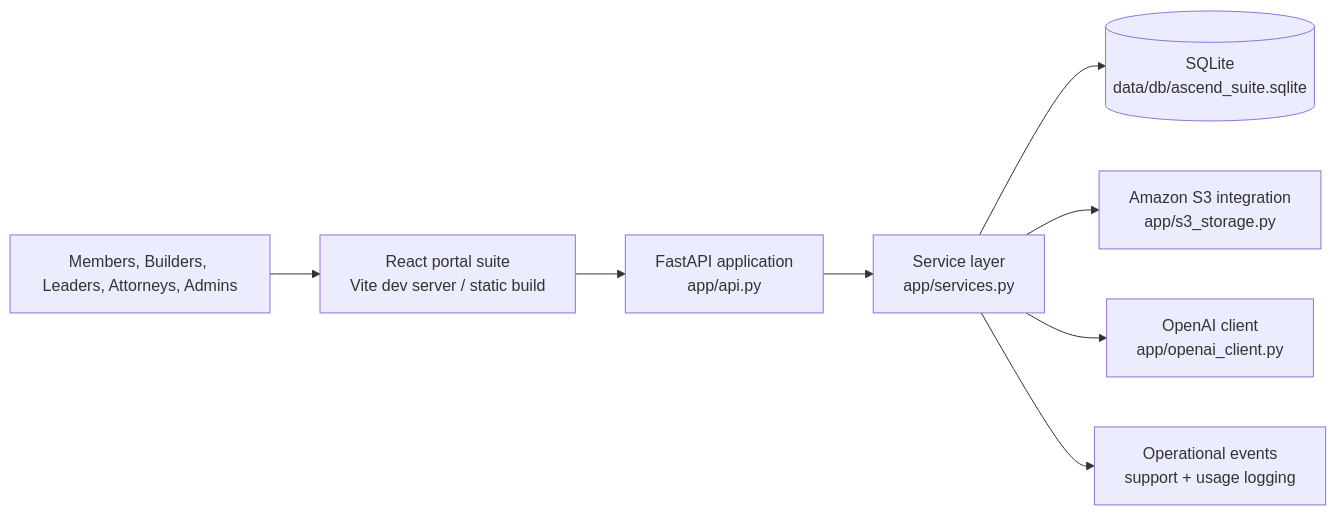
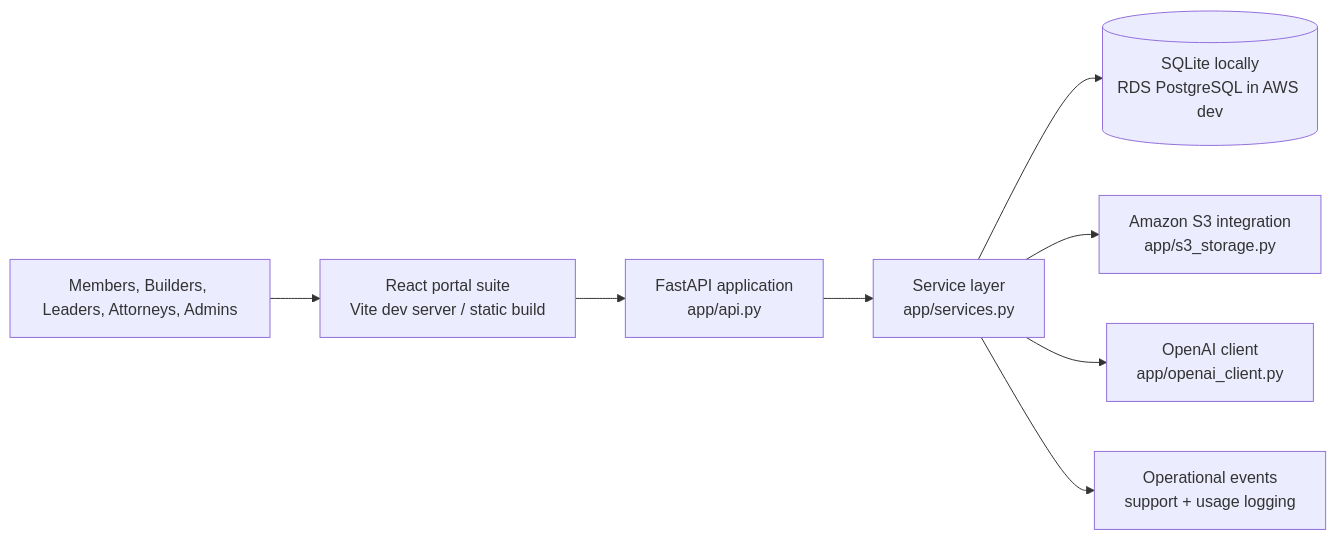
One commit to dlk710/ascendhsi-aws-deploy changed the first of 2 diagrams in docs/solution-architecture.md. Above: the diagram before and after it, drawn with Mermaid. The commit also changed other lines of this file and 9 other files, not shown here.

Commit message:
Update AWS deployment documentation for dev workflow

````diff
--- a/docs/solution-architecture.md
+++ b/docs/solution-architecture.md
@@ -19,10 +19,10 @@
 ```mermaid
 flowchart LR
     U[Members, Builders, Leaders, Attorneys, Admins] --> FE[React portal suite<br/>Vite dev server / static build]
     FE --> API[FastAPI application<br/>app/api.py]
     API --> SVC[Service layer<br/>app/services.py]
-    SVC --> DB[(SQLite<br/>data/db/ascend_suite.sqlite)]
+    SVC --> DB[(SQLite locally<br/>RDS PostgreSQL in AWS dev)]
     SVC --> S3[Amazon S3 integration<br/>app/s3_storage.py]
     SVC --> AI[OpenAI client<br/>app/openai_client.py]
     SVC --> LOGS[Operational events<br/>support + usage logging]
 ```
````
